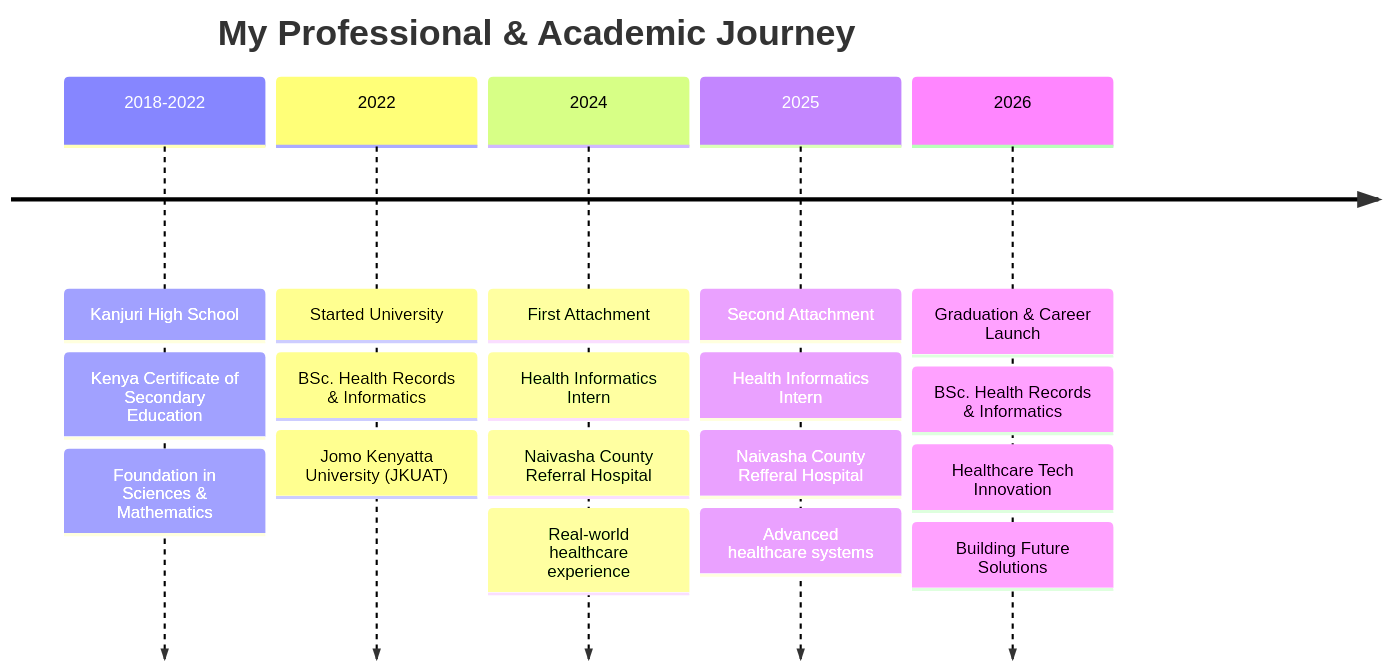
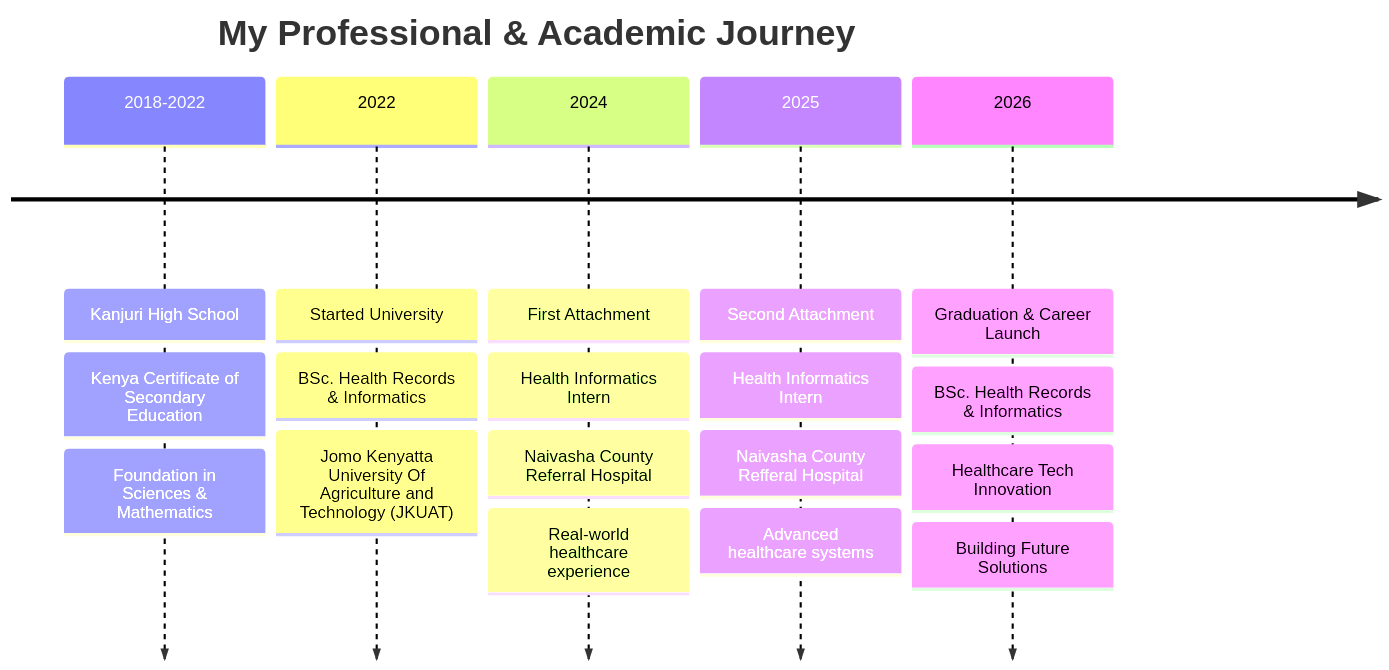
One commit to Sammy2266/Sammy2266 changed the first of 2 diagrams in README.md. Above: the diagram before and after it, drawn with Mermaid. The commit also changed other lines of this file, not shown here.

````diff
--- a/README.md
+++ b/README.md
@@ -34,27 +34,27 @@
 ```mermaid
 timeline
     title My Professional & Academic Journey
 
     2018-2022 : Kanjuri High School
               : Kenya Certificate of Secondary Education
               : Foundation in Sciences & Mathematics
 
     2022      : Started University
               : BSc. Health Records & Informatics
-              : Jomo Kenyatta University (JKUAT)
+              : Jomo Kenyatta University Of Agriculture and Technology (JKUAT)
 
     2024      : First Attachment
               : Health Informatics Intern
               : Naivasha County Referral Hospital
               : Real-world healthcare experience
 
     2025      : Second Attachment
               : Health Informatics Intern
               : Naivasha County Refferal Hospital
               : Advanced healthcare systems
 
     2026      : Graduation & Career Launch
               : BSc. Health Records & Informatics
               : Healthcare Tech Innovation
               : Building Future Solutions
 ```
````
